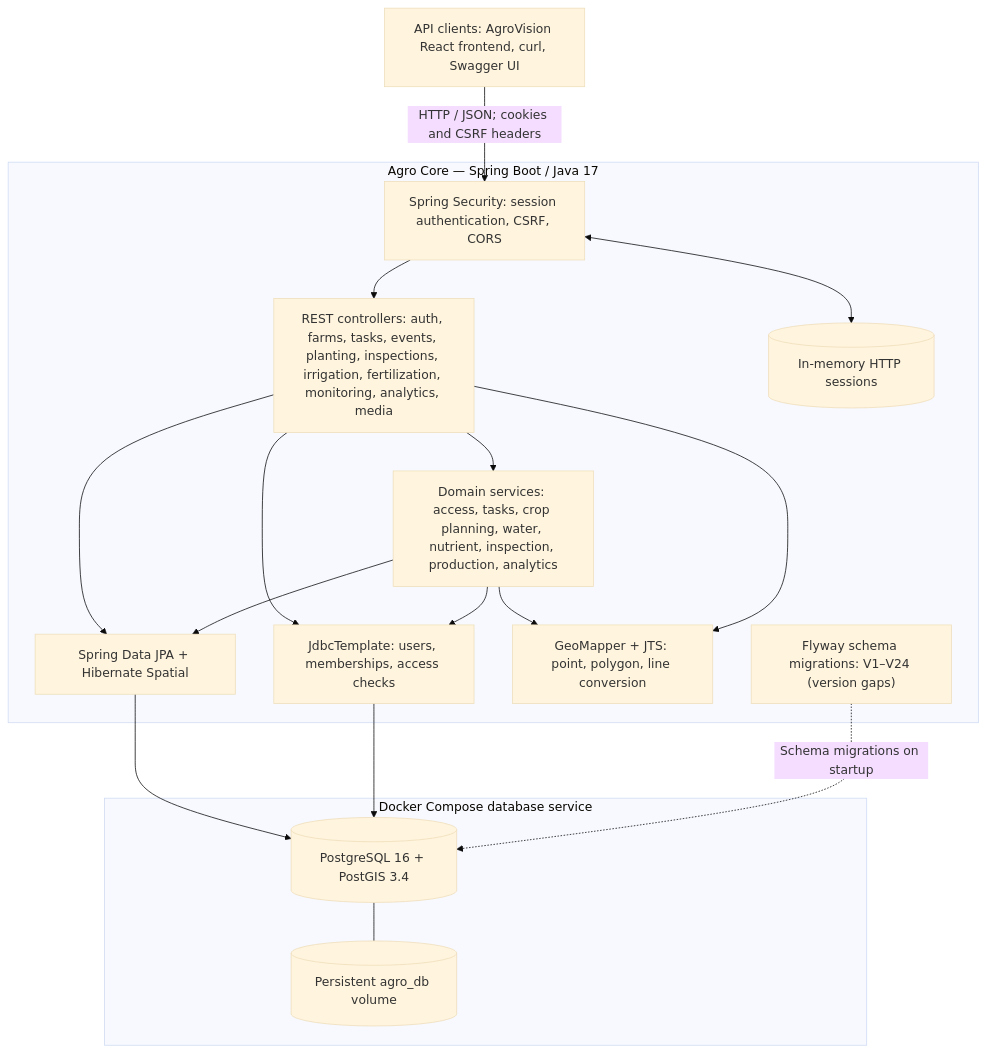
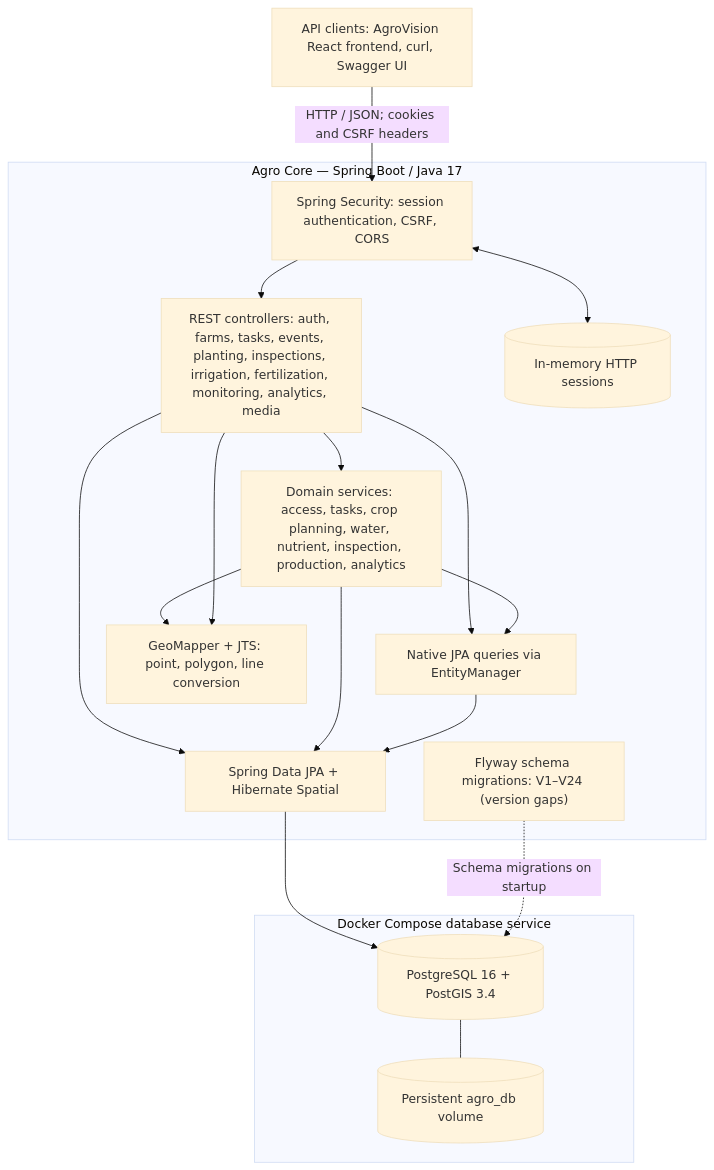
One commit to danielcontrerasm/agro-core changed the third of 4 diagrams in README.md. Above: the diagram before and after it, drawn with Mermaid (base theme). The commit also changed other lines of this file and 138 other files, not shown here.

````diff
--- a/README.md
+++ b/README.md
@@ -566,35 +594,35 @@
 ```mermaid
 flowchart TB
   Client["API clients: AgroVision React frontend, curl, Swagger UI"]
 
   subgraph API["Agro Core — Spring Boot / Java 17"]
     Security["Spring Security: session authentication, CSRF, CORS"]
     Controllers["REST controllers: auth, farms, tasks, events, planting, inspections, irrigation, fertilization, monitoring, analytics, media"]
     Services["Domain services: access, tasks, crop planning, water, nutrient, inspection, production, analytics"]
     JPA["Spring Data JPA + Hibernate Spatial"]
-    JDBC["JdbcTemplate: users, memberships, access checks"]
+    NativeJPA["Native JPA queries via EntityManager"]
     Geometry["GeoMapper + JTS: point, polygon, line conversion"]
     Sessions[("In-memory HTTP sessions")]
     Flyway["Flyway schema migrations: V1–V24 (version gaps)"]
   end
 
   subgraph Docker["Docker Compose database service"]
     DB[("PostgreSQL 16 + PostGIS 3.4")]
     Volume[("Persistent agro_db volume")]
   end
 
   Client -->|"HTTP / JSON; cookies and CSRF headers"| Security
   Security <--> Sessions
   Security --> Controllers
   Controllers --> Services
   Controllers --> JPA
-  Controllers --> JDBC
+  Controllers --> NativeJPA
   Services --> JPA
-  Services --> JDBC
+  Services --> NativeJPA
   Services --> Geometry
   Controllers --> Geometry
   JPA --> DB
-  JDBC --> DB
+  NativeJPA --> JPA
   Flyway -.->|"Schema migrations on startup"| DB
   DB --- Volume
 ```
````
